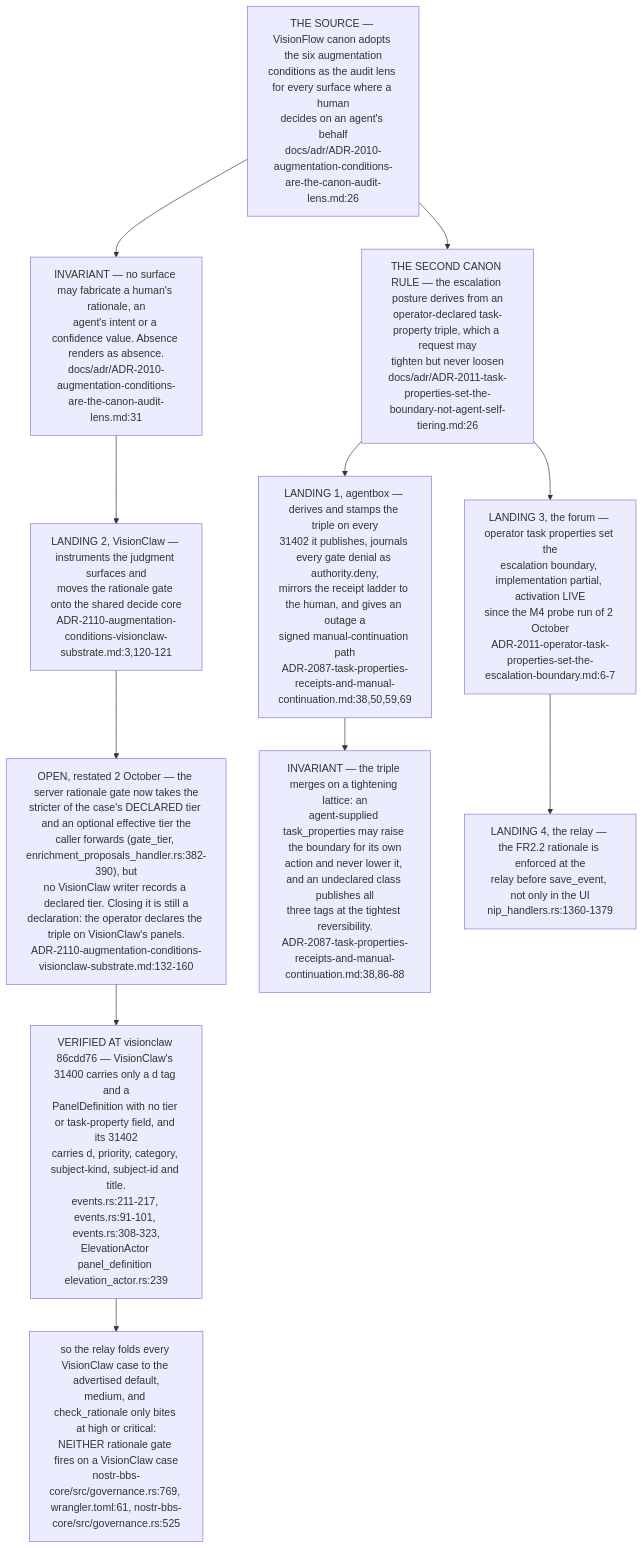
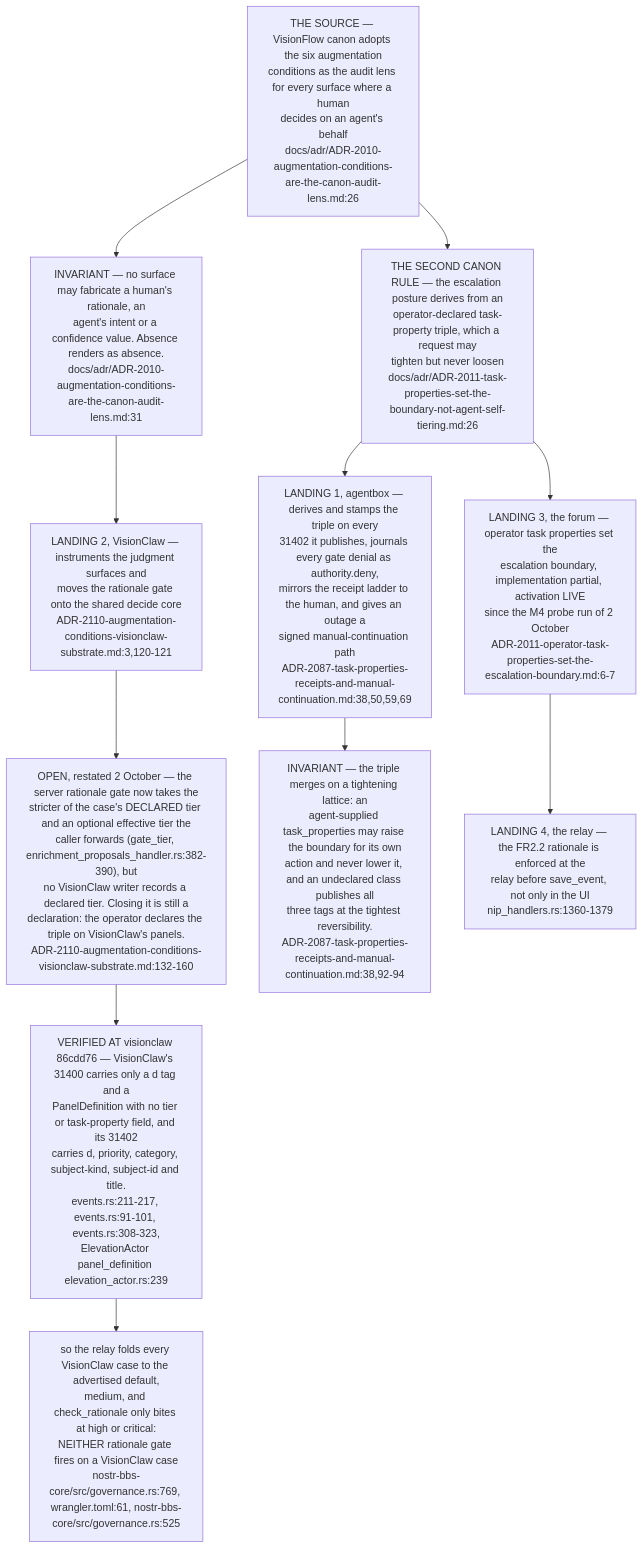
The eighth of 12 diagrams in docs/diagrams/estate/05-governance-loop-across-estate.md (DreamLab-AI/VisionFlow), drawn with Mermaid before and after one commit. The commit also changed other lines of this file and 49 other files, not shown here.

First line of the commit message:
docs(diagrams): re-derive and re-stamp VisionClaw, estate, knowledge-graph, visionGraph, VisionFlow and sidestr topics

````diff
--- a/docs/diagrams/estate/05-governance-loop-across-estate.md
+++ b/docs/diagrams/estate/05-governance-loop-across-estate.md
@@ -248,27 +249,27 @@
 ```mermaid
 flowchart TB
     CANON["THE SOURCE — VisionFlow canon adopts the six augmentation<br/>conditions as the audit lens for every surface where a human<br/>decides on an agent's behalf<br/>docs/adr/ADR-2010-augmentation-conditions-are-the-canon-audit-lens.md:26"]
     RULE["INVARIANT — no surface may fabricate a human's rationale, an<br/>agent's intent or a confidence value. Absence renders as absence.<br/>docs/adr/ADR-2010-augmentation-conditions-are-the-canon-audit-lens.md:31"]
     BOUND["THE SECOND CANON RULE — the escalation posture derives from an<br/>operator-declared task-property triple, which a request may<br/>tighten but never loosen<br/>docs/adr/ADR-2011-task-properties-set-the-boundary-not-agent-self-tiering.md:26"]
     CANON --> RULE
     CANON --> BOUND
 
     AB["LANDING 1, agentbox — derives and stamps the triple on every<br/>31402 it publishes, journals every gate denial as authority.deny,<br/>mirrors the receipt ladder to the human, and gives an outage a<br/>signed manual-continuation path<br/>ADR-2087-task-properties-receipts-and-manual-continuation.md:38,50,59,69"]
     VC["LANDING 2, VisionClaw — instruments the judgment surfaces and<br/>moves the rationale gate onto the shared decide core<br/>ADR-2110-augmentation-conditions-visionclaw-substrate.md:3,120-121"]
     FRM["LANDING 3, the forum — operator task properties set the<br/>escalation boundary, implementation partial, activation LIVE<br/>since the M4 probe run of 2 October<br/>ADR-2011-operator-task-properties-set-the-escalation-boundary.md:6-7"]
     REL["LANDING 4, the relay — the FR2.2 rationale is enforced at the<br/>relay before save_event, not only in the UI<br/>nip_handlers.rs:1360-1379"]
 
     BOUND --> AB
     RULE --> VC
     BOUND --> FRM
     FRM --> REL
 
     OPEN["OPEN, restated 2 October — the server rationale gate now takes the<br/>stricter of the case's DECLARED tier and an optional effective tier the<br/>caller forwards (gate_tier, enrichment_proposals_handler.rs:382-390), but<br/>no VisionClaw writer records a declared tier. Closing it is still a<br/>declaration: the operator declares the triple on VisionClaw's panels.<br/>ADR-2110-augmentation-conditions-visionclaw-substrate.md:132-160"]
     NOTIER["VERIFIED AT visionclaw 86cdd76 — VisionClaw's 31400 carries only a d tag and a<br/>PanelDefinition with no tier or task-property field, and its 31402<br/>carries d, priority, category, subject-kind, subject-id and title.<br/>events.rs:211-217, events.rs:91-101, events.rs:308-323,<br/>ElevationActor panel_definition elevation_actor.rs:239"]
     MED["so the relay folds every VisionClaw case to the advertised default,<br/>medium, and check_rationale only bites at high or critical:<br/>NEITHER rationale gate fires on a VisionClaw case<br/>nostr-bbs-core/src/governance.rs:769, wrangler.toml:61, nostr-bbs-core/src/governance.rs:525"]
     OPEN --> NOTIER --> MED
     VC --> OPEN
 
-    TIGHT["INVARIANT — the triple merges on a tightening lattice: an<br/>agent-supplied task_properties may raise the boundary for its own<br/>action and never lower it, and an undeclared class publishes all<br/>three tags at the tightest reversibility.<br/>ADR-2087-task-properties-receipts-and-manual-continuation.md:38,86-88"]
+    TIGHT["INVARIANT — the triple merges on a tightening lattice: an<br/>agent-supplied task_properties may raise the boundary for its own<br/>action and never lower it, and an undeclared class publishes all<br/>three tags at the tightest reversibility.<br/>ADR-2087-task-properties-receipts-and-manual-continuation.md:38,92-94"]
     AB --> TIGHT
 ```
````
